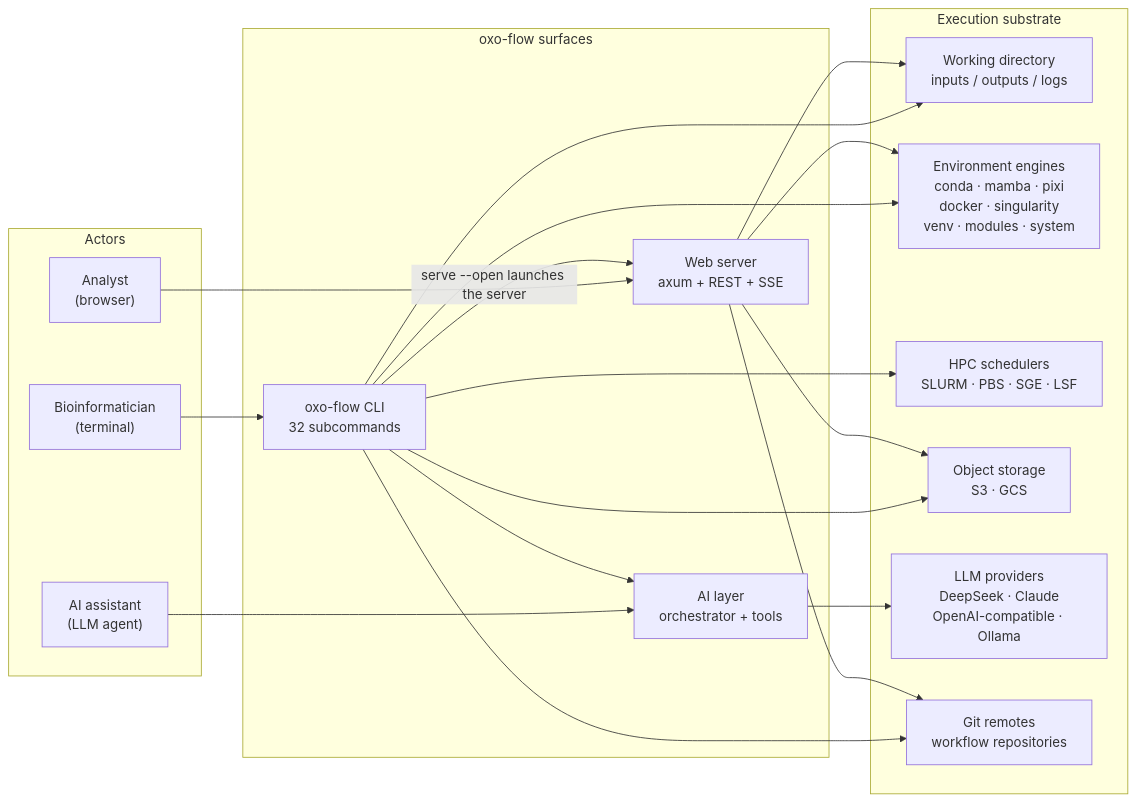
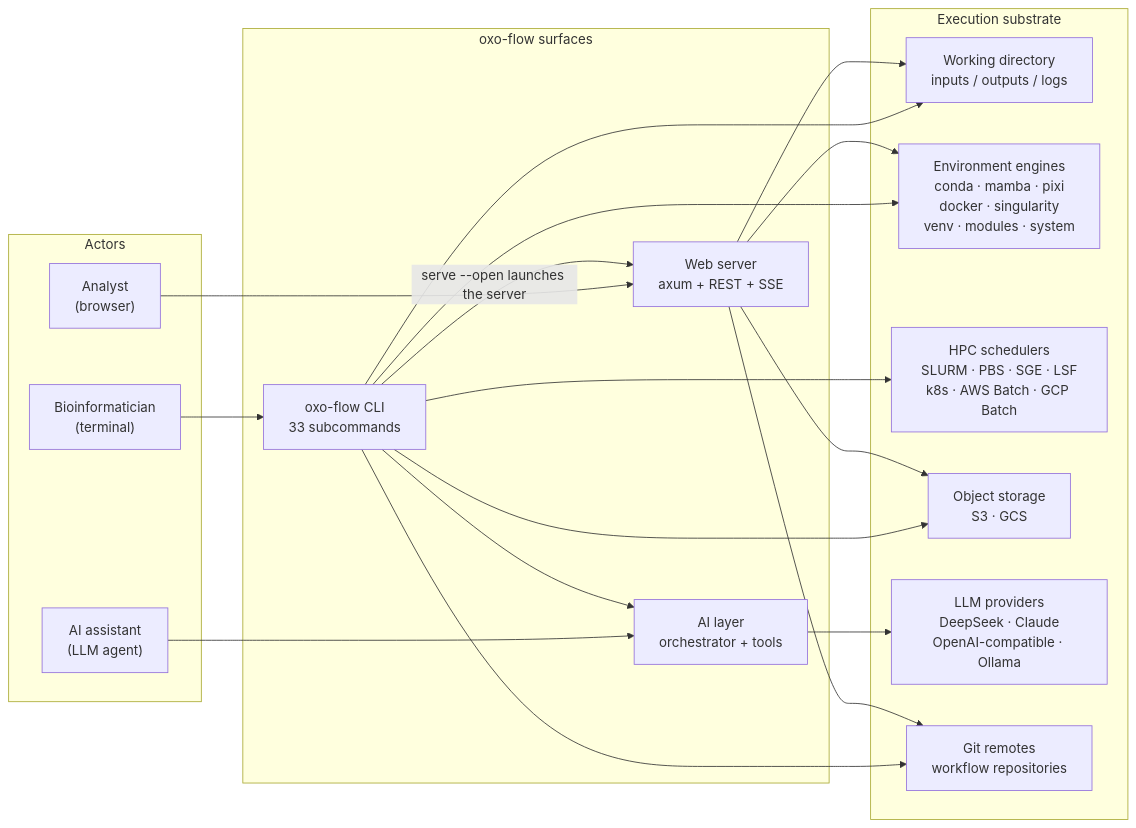
One commit to Traitome/oxo-flow changed the first of 12 diagrams in docs/guide/src/reference/architecture.md. Above: the diagram before and after it, drawn with Mermaid. The commit also changed other lines of this file and 340 other files, not shown here.

First line of the commit message:
feat: industrial-scientific roadmap — engine hardening, web/PG parity, AI hardening, eval gold, docs (#997)

````diff
--- a/docs/guide/src/reference/architecture.md
+++ b/docs/guide/src/reference/architecture.md
@@ -49,40 +50,40 @@
 ```mermaid
 flowchart LR
     subgraph actors["Actors"]
         bio["Bioinformatician<br/>(terminal)"]
         webuser["Analyst<br/>(browser)"]
         agent["AI assistant<br/>(LLM agent)"]
     end
 
     subgraph surfaces["oxo-flow surfaces"]
-        cli["oxo-flow CLI<br/>32 subcommands"]
+        cli["oxo-flow CLI<br/>33 subcommands"]
         web["Web server<br/>axum + REST + SSE"]
         ai["AI layer<br/>orchestrator + tools"]
     end
 
     subgraph world["Execution substrate"]
         fs["Working directory<br/>inputs / outputs / logs"]
         env["Environment engines<br/>conda · mamba · pixi<br/>docker · singularity<br/>venv · modules · system"]
-        hpc["HPC schedulers<br/>SLURM · PBS · SGE · LSF"]
+        hpc["HPC schedulers<br/>SLURM · PBS · SGE · LSF<br/>k8s · AWS Batch · GCP Batch"]
         obj["Object storage<br/>S3 · GCS"]
         llm["LLM providers<br/>DeepSeek · Claude<br/>OpenAI-compatible · Ollama"]
         git["Git remotes<br/>workflow repositories"]
     end
 
     bio --> cli
     webuser --> web
     cli -- "serve --open launches the server" --> web
     agent --> ai
     cli --> ai
 
     cli --> fs
     web --> fs
     cli --> env
     web --> env
     cli --> hpc
     cli --> obj
     web --> obj
     cli --> git
     web --> git
     ai --> llm
 ```
````
